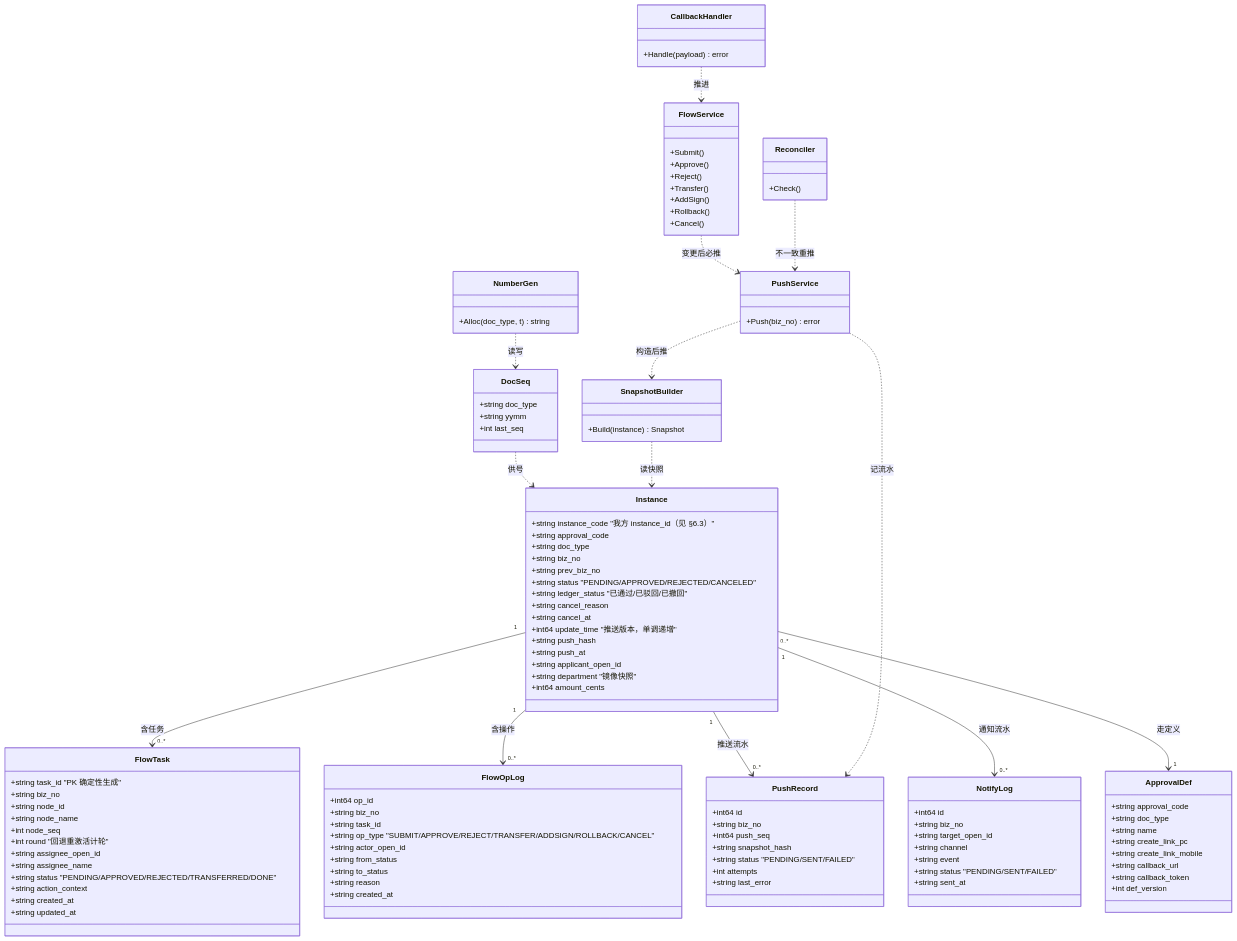
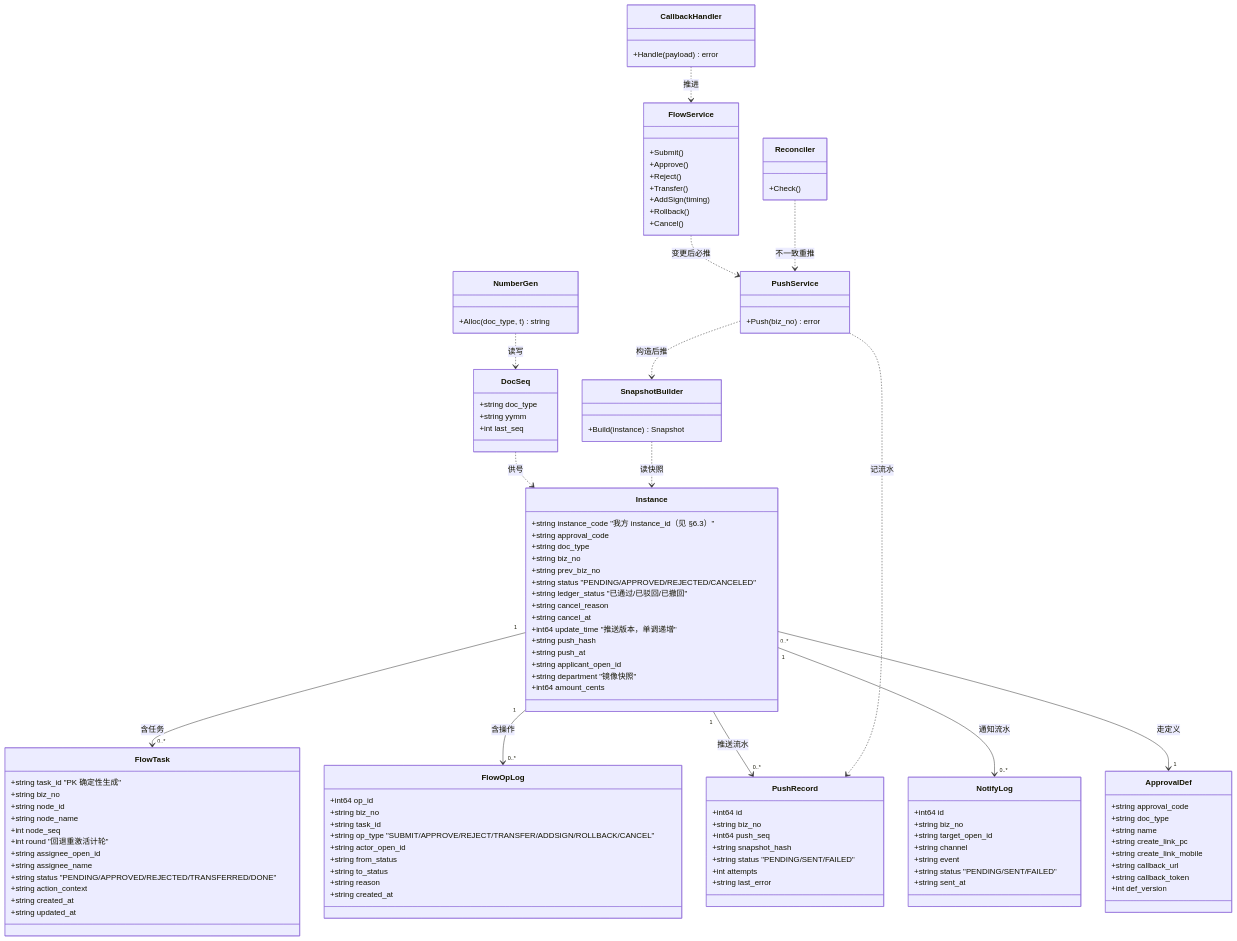
The first of 5 diagrams in docs/04a-Architecture-Increment-V2.md (chadhao/jx-procurement-platform), drawn with Mermaid before and after one commit. The commit also changed other lines of this file, not shown here.

First line of the commit message:
docs(04a): V2.3 → V2.4 —— 加签补 timing 前置/后置契约（#51 落地）

```diff
--- a/docs/04a-Architecture-Increment-V2.md
+++ b/docs/04a-Architecture-Increment-V2.md
@@ -165,7 +165,7 @@
     +Approve()
     +Reject()
     +Transfer()
-    +AddSign()
+    +AddSign(timing)
     +Rollback()
     +Cancel()
   }
```
